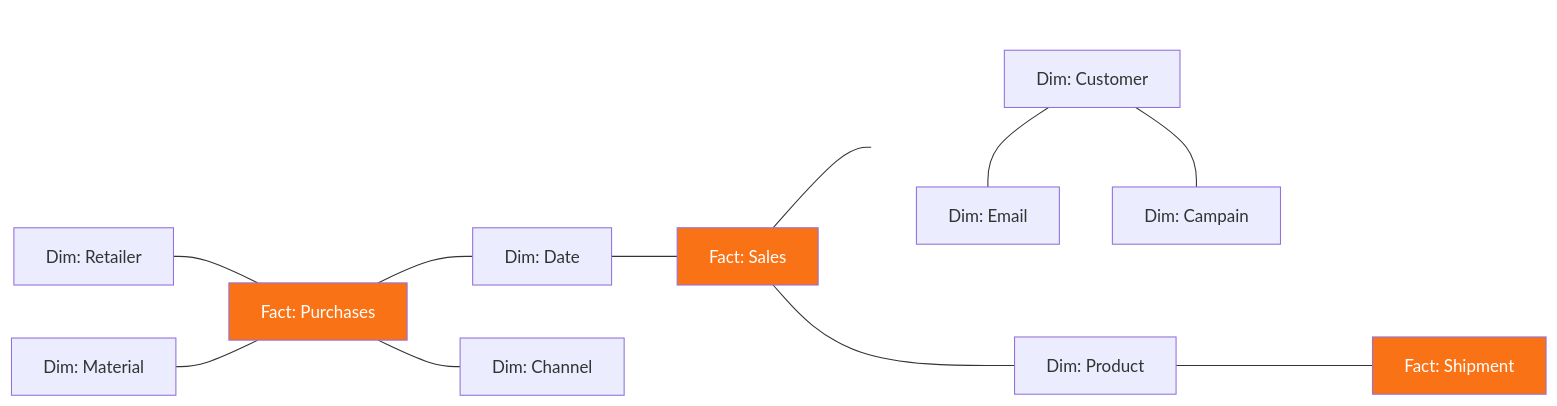
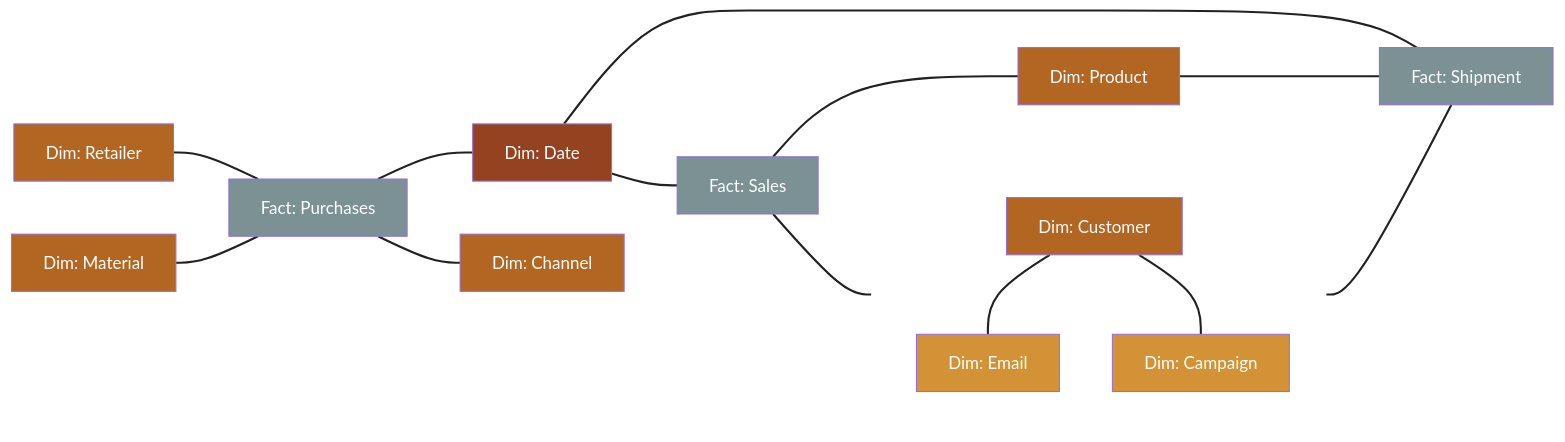
One commit to ninoCan/talk-operation-data-engineer changed the diagram in slides/22-section-c-dimensional-modelling.md. Above: the diagram before and after it, drawn with Mermaid. The commit also changed other lines of this file and 14 other files, not shown here.

````diff
--- a/slides/22-section-c-dimensional-modelling.md
+++ b/slides/22-section-c-dimensional-modelling.md
@@ -7,20 +7,31 @@
 ```mermaid
 graph LR
-    D1[Dim: Retailer] --- F[Fact: Purchases]
-    D2[Dim: Material] --- F
-    F --- D3[Dim: Date]
-    F --- D4[Dim: Channel]
-    D3 --- S[Fact: Sales]
+    T --- A[Fact: Shipment]
     S --- P[Dim: Product]
+    P --- A
+    C --- A
     S --- C[Dim: Customer]
     subgraph sg[ ]
         direction TB
         C --- E[Dim: Email]
-        C --- D[Dim: Campain]
+        C --- D[Dim: Campaign]
     end
-    P --- A[Fact: Shipment]
-    style F fill:#f97316,color:#fff
-    style S fill:#f97316,color:#fff
-    style A fill:#f97316,color:#fff
+    D1[Dim: Retailer] --- F[Fact: Purchases]
+    D2[Dim: Material] --- F
+    F --- T[Dim: Date]
+    F --- D4[Dim: Channel]
+    T --- S[Fact: Sales]
+    style D1 fill:#b36622,color:#fff
+    style D2 fill:#b36622,color:#fff
+    style D4 fill:#b36622,color:#fff
+    style T fill:#954220,color:#fff
+    style C fill:#b36622,color:#fff
+    style P fill:#b36622,color:#fff
+    style F fill:#7b9194,color:#fff
+    style S fill:#7b9194,color:#fff
+    style A fill:#7b9194,color:#fff
+    style E fill:#d39235,color:#fff
+    style D fill:#d39235,color:#fff
     style sg fill:none,stroke:none
+    linkStyle 0,1,2,3,4,5,6,7,8,9,10,11 stroke:#222120,stroke-width:2px
 ```
````
